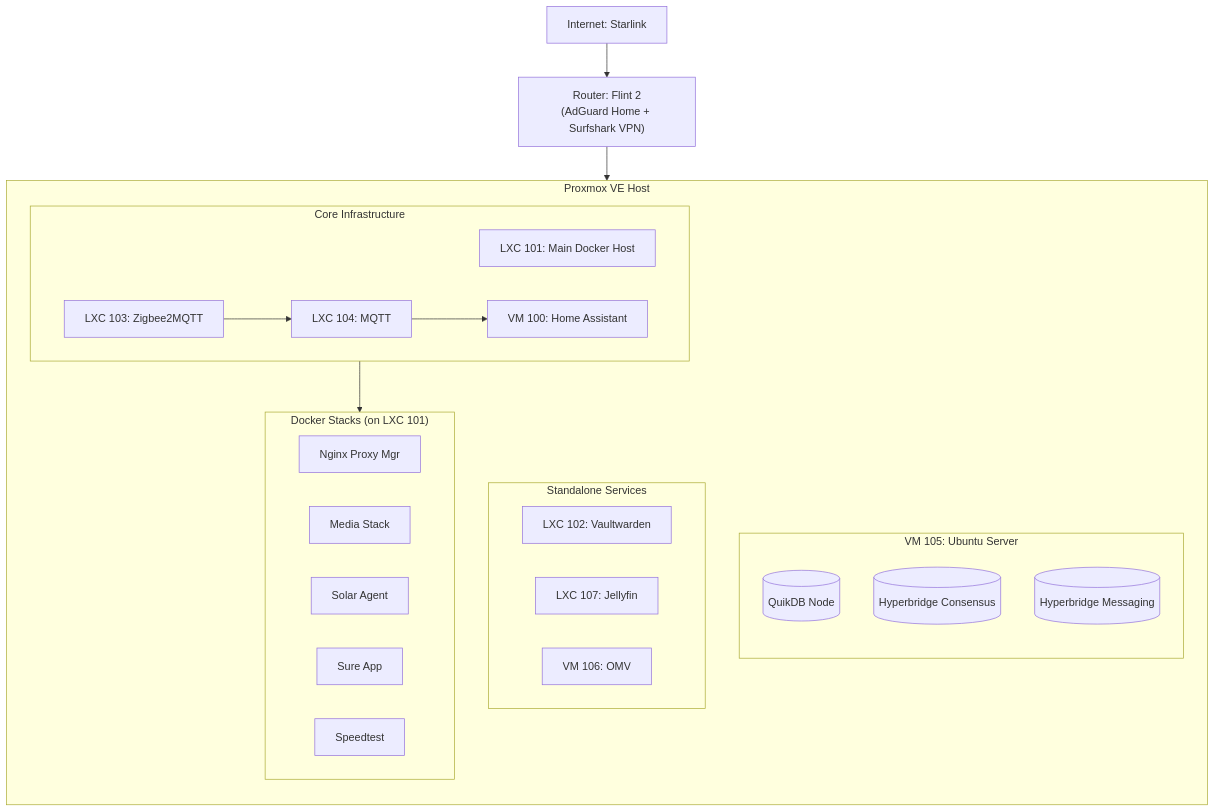
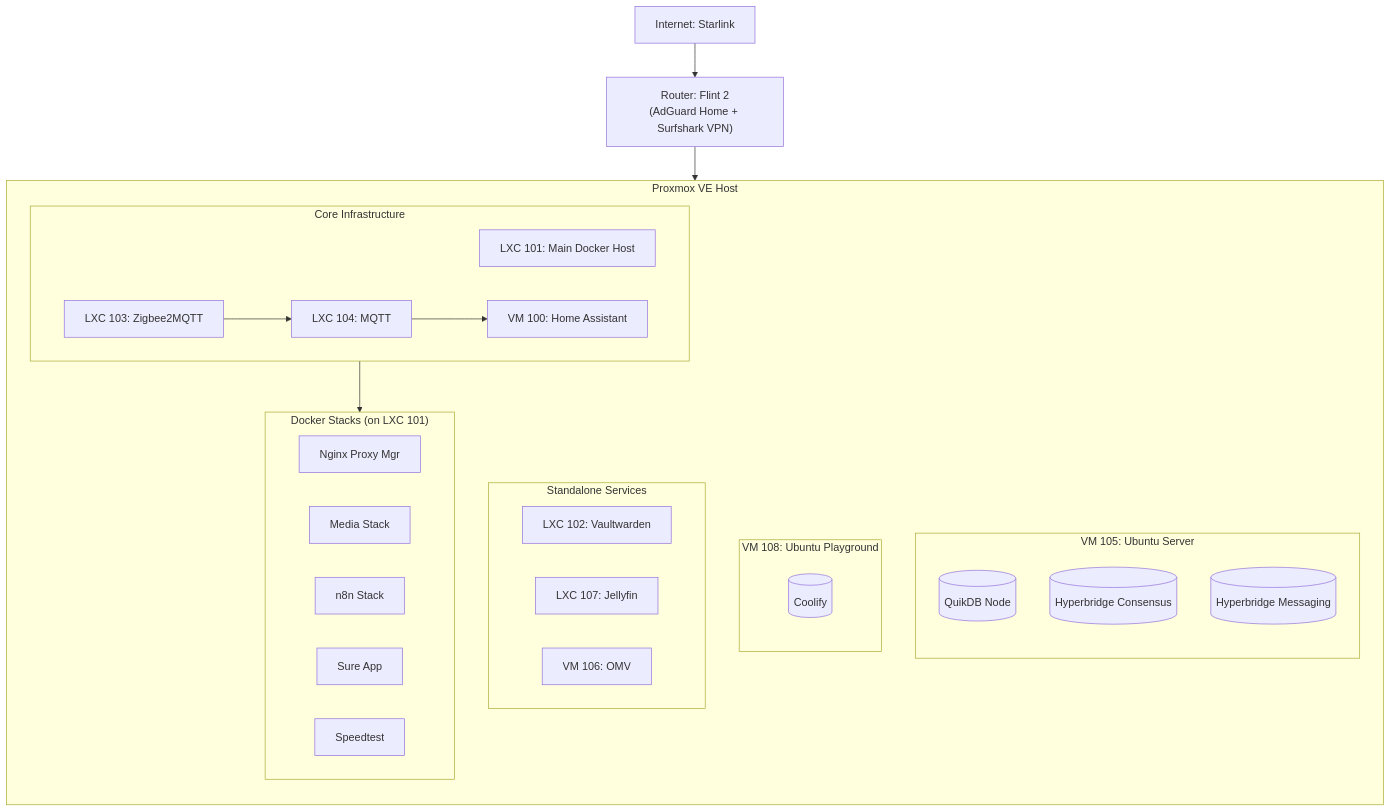
One commit to LifeofDan-EL/homelab changed the diagram in README.md. Above: the diagram before and after it, drawn with Mermaid. The commit also changed other lines of this file and 4 other files, not shown here.

````diff
--- a/README.md
+++ b/README.md
@@ -41,48 +41,54 @@
 ```mermaid
 graph TD
     Internet["Internet: Starlink"] --> Router["Router: Flint 2<br/>(AdGuard Home + Surfshark VPN)"]
 
     subgraph Proxmox_Node ["Proxmox VE Host"]
         direction TB
 
         %% Core Infrastructure
         subgraph Core_Infra ["Core Infrastructure"]
             direction LR
             LXC_Docker["LXC 101: Main Docker Host"]
             VM_HA["VM 100: Home Assistant"]
             LXC_MQTT["LXC 104: MQTT"]
             LXC_Z2M["LXC 103: Zigbee2MQTT"]
         end
 
         %% Secondary Docker Host (Ubuntu VM)
-subgraph VM_Ubuntu ["VM 105: Ubuntu Server"]
+        subgraph VM_Ubuntu ["VM 105: Ubuntu Server"]
             direction TB
             Container_QuikDB[("QuikDB Node")]
             Container_Consensus[("Hyperbridge Consensus")]
             Container_Messaging[("Hyperbridge Messaging")]
+        end
+
+        %% NEW: Coolify Host
+        subgraph VM_Coolify ["VM 108: Ubuntu Playground"]
+             direction TB
+             App_Coolify[("Coolify")]
         end
 
         %% Standalone Services
         subgraph Standalone ["Standalone Services"]
             LXC_Vault["LXC 102: Vaultwarden"]
             LXC_Jelly["LXC 107: Jellyfin"]
             VM_OMV["VM 106: OMV"]
         end
 
         %% Main Docker Stacks
         subgraph Docker_Stacks ["Docker Stacks (on LXC 101)"]
             Stack_NPM["Nginx Proxy Mgr"]
             Stack_Media["Media Stack"]
-            Stack_Solar["Solar Agent"]
+            Stack_Solar["n8n Stack"]
             Stack_Sure["Sure App"]
             Stack_Speed["Speedtest"]
         end
 
         %% Connections
         LXC_Docker --> Docker_Stacks
         LXC_Z2M --> LXC_MQTT
         LXC_MQTT --> VM_HA
     end
 
     Router --> Proxmox_Node
 ```
````
